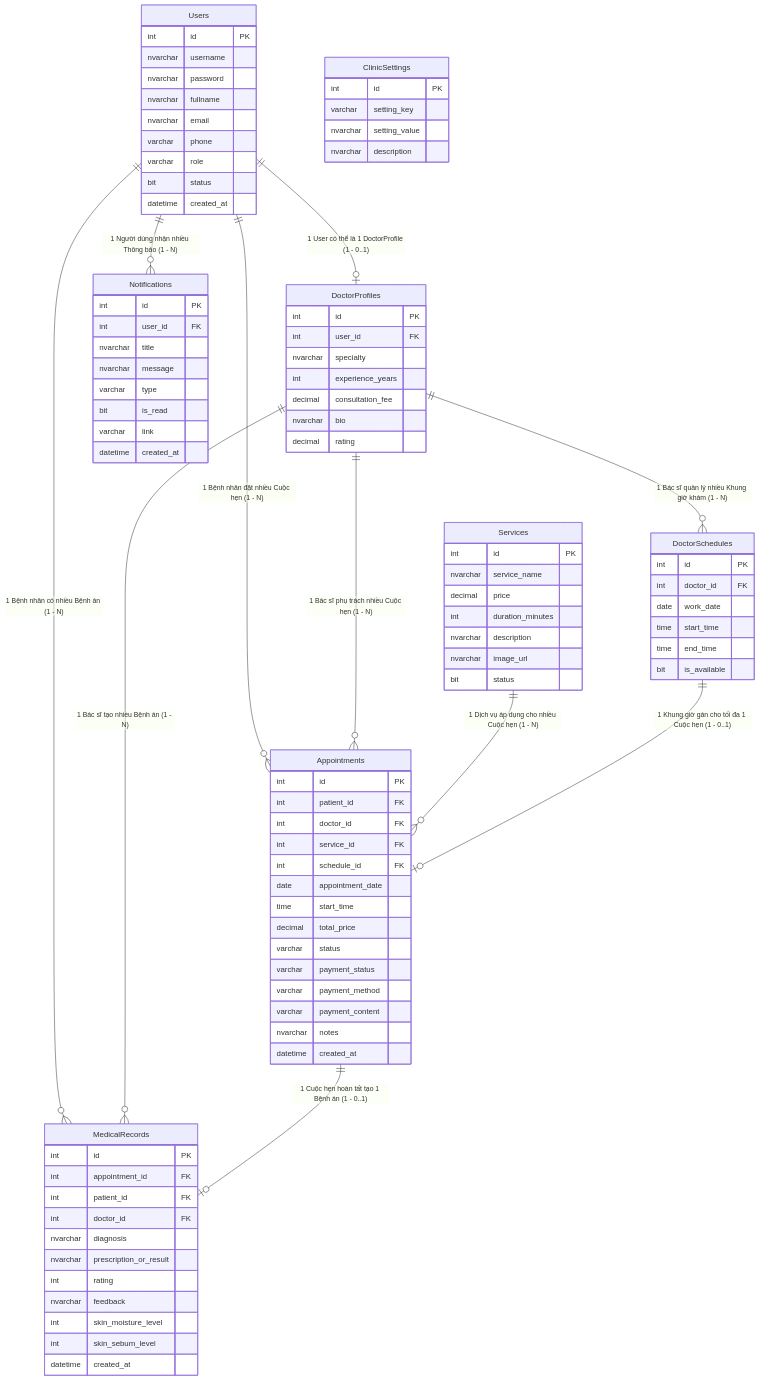
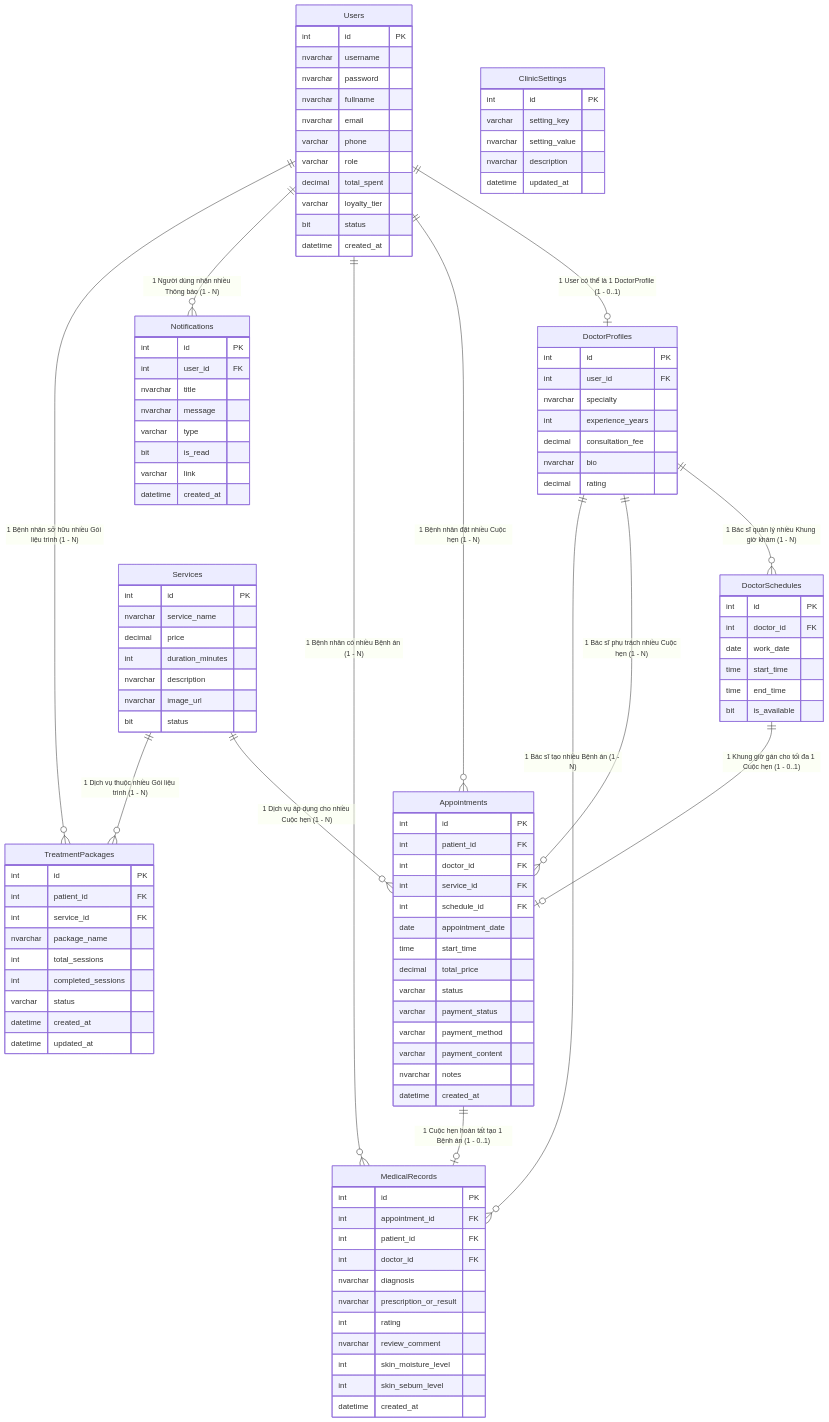
The third of 7 diagrams in Topic_Proposal_PRJ301.md (Duykhobo/PRJ301_Clinic), drawn with Mermaid before and after one commit. The commit also changed other lines of this file and 4 other files, not shown here.

Commit message:
docs & feat: update 9-table schema, topic proposal, ERD and doctor schedule time casting

````diff
--- a/Topic_Proposal_PRJ301.md
+++ b/Topic_Proposal_PRJ301.md
@@ -156,14 +156,16 @@
     Users ||--o{ Appointments : "1 Bệnh nhân đặt nhiều Cuộc hẹn (1 - N)"
     Users ||--o{ MedicalRecords : "1 Bệnh nhân có nhiều Bệnh án (1 - N)"
     Users ||--o{ Notifications : "1 Người dùng nhận nhiều Thông báo (1 - N)"
+    Users ||--o{ TreatmentPackages : "1 Bệnh nhân sở hữu nhiều Gói liệu trình (1 - N)"
 
     DoctorProfiles ||--o{ DoctorSchedules : "1 Bác sĩ quản lý nhiều Khung giờ khám (1 - N)"
     DoctorProfiles ||--o{ Appointments : "1 Bác sĩ phụ trách nhiều Cuộc hẹn (1 - N)"
     DoctorProfiles ||--o{ MedicalRecords : "1 Bác sĩ tạo nhiều Bệnh án (1 - N)"
 
     Services ||--o{ Appointments : "1 Dịch vụ áp dụng cho nhiều Cuộc hẹn (1 - N)"
+    Services ||--o{ TreatmentPackages : "1 Dịch vụ thuộc nhiều Gói liệu trình (1 - N)"
+
     DoctorSchedules ||--o| Appointments : "1 Khung giờ gán cho tối đa 1 Cuộc hẹn (1 - 0..1)"
-
     Appointments ||--o| MedicalRecords : "1 Cuộc hẹn hoàn tất tạo 1 Bệnh án (1 - 0..1)"
 
     Users {
@@ -174,6 +176,8 @@
         nvarchar email
         varchar phone
         varchar role
+        decimal total_spent
+        varchar loyalty_tier
         bit status
         datetime created_at
     }
@@ -232,10 +236,22 @@
         nvarchar diagnosis
         nvarchar prescription_or_result
         int rating
-        nvarchar feedback
+        nvarchar review_comment
         int skin_moisture_level
         int skin_sebum_level
         datetime created_at
+    }
+
+    TreatmentPackages {
+        int id PK
+        int patient_id FK
+        int service_id FK
+        nvarchar package_name
+        int total_sessions
+        int completed_sessions
+        varchar status
+        datetime created_at
+        datetime updated_at
     }
 
     Notifications {
@@ -254,5 +270,6 @@
         varchar setting_key
         nvarchar setting_value
         nvarchar description
+        datetime updated_at
     }
 ```
````
